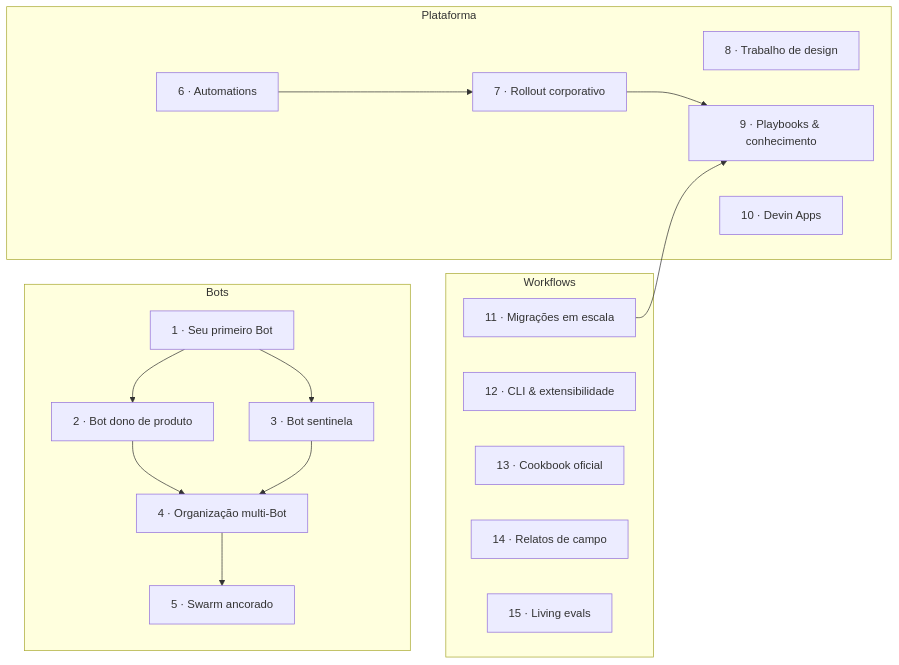
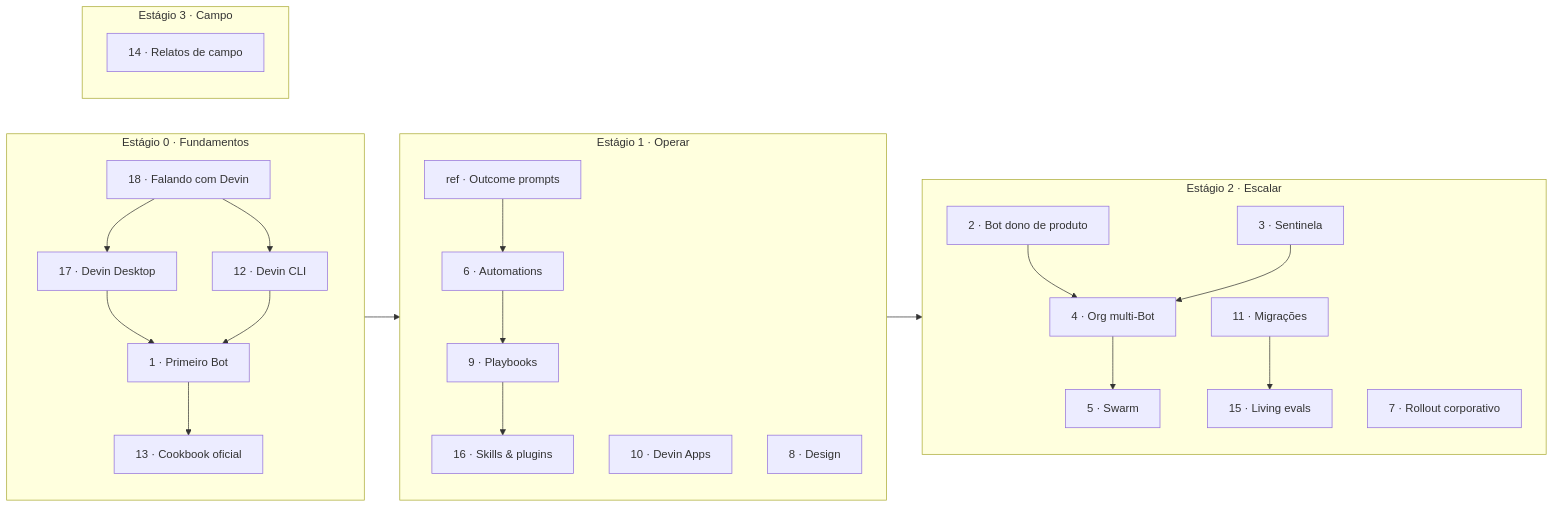
One commit to Till3005/build-with-devin changed the diagram in README.pt.md. Above: the diagram before and after it, drawn with Mermaid. The commit also changed other lines of this file and 11 other files, not shown here.

Commit message:
Restructure into 4-stage curriculum + Guide 18 Talking to Devin (4 langs) + bots-101 bounded-assignment/access/usage sections

````diff
--- a/README.pt.md
+++ b/README.pt.md
@@ -27,25 +27,28 @@
 ```mermaid
 flowchart LR
-    subgraph Bots
-      G1["1 · Seu primeiro Bot"] --> G2["2 · Bot dono de produto"]
-      G1 --> G3["3 · Bot sentinela"]
-      G2 --> G4["4 · Organização multi-Bot"]
-      G3 --> G4
-      G4 --> G5["5 · Swarm ancorado"]
+    subgraph S0["Estágio 0 · Fundamentos"]
+      G18["18 · Falando com Devin"] --> G17["17 · Devin Desktop"]
+      G18 --> G12["12 · Devin CLI"]
+      G17 --> G1["1 · Primeiro Bot"]
+      G12 --> G1
+      G1 --> G13["13 · Cookbook oficial"]
     end
-    subgraph Plataforma
-      G6["6 · Automations"] --> G7["7 · Rollout corporativo"]
-      G8["8 · Trabalho de design"]
-      G9["9 · Playbooks & conhecimento"]
+    subgraph S1["Estágio 1 · Operar"]
+      GP["ref · Outcome prompts"] --> G6["6 · Automations"]
+      G6 --> G9["9 · Playbooks"]
+      G9 --> G16["16 · Skills & plugins"]
       G10["10 · Devin Apps"]
+      G8["8 · Design"]
     end
-    subgraph Workflows
-      G11["11 · Migrações em escala"]
-      G12["12 · CLI & extensibilidade"]
-      G13["13 · Cookbook oficial"]
+    subgraph S2["Estágio 2 · Escalar"]
+      G2["2 · Bot dono de produto"] --> G4["4 · Org multi-Bot"]
+      G3["3 · Sentinela"] --> G4
+      G4 --> G5["5 · Swarm"]
+      G11["11 · Migrações"] --> G15["15 · Living evals"]
+      G7["7 · Rollout corporativo"]
+    end
+    subgraph S3["Estágio 3 · Campo"]
       G14["14 · Relatos de campo"]
-      G15["15 · Living evals"]
     end
-    G7 --> G9
-    G11 --> G9
+    S0 --> S1 --> S2
 ```
````
